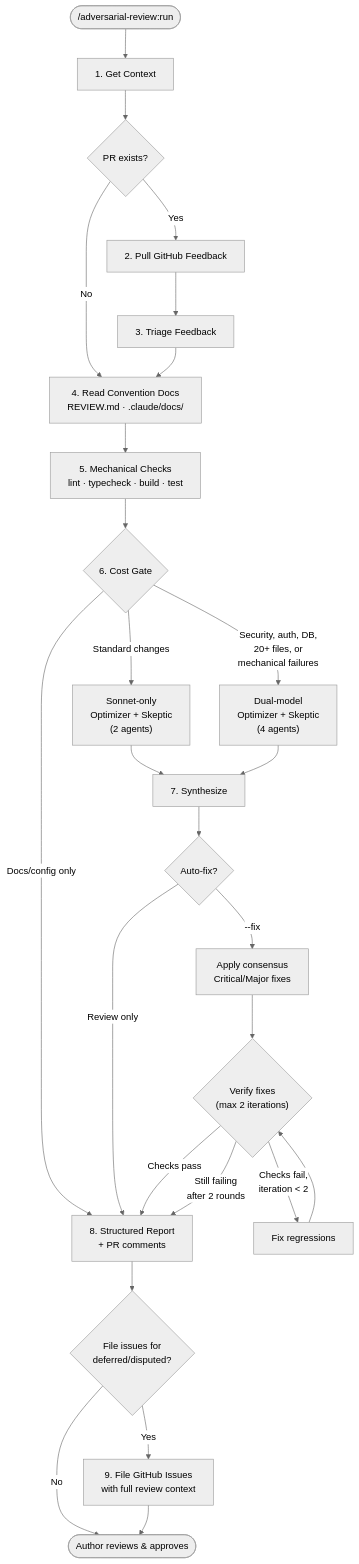
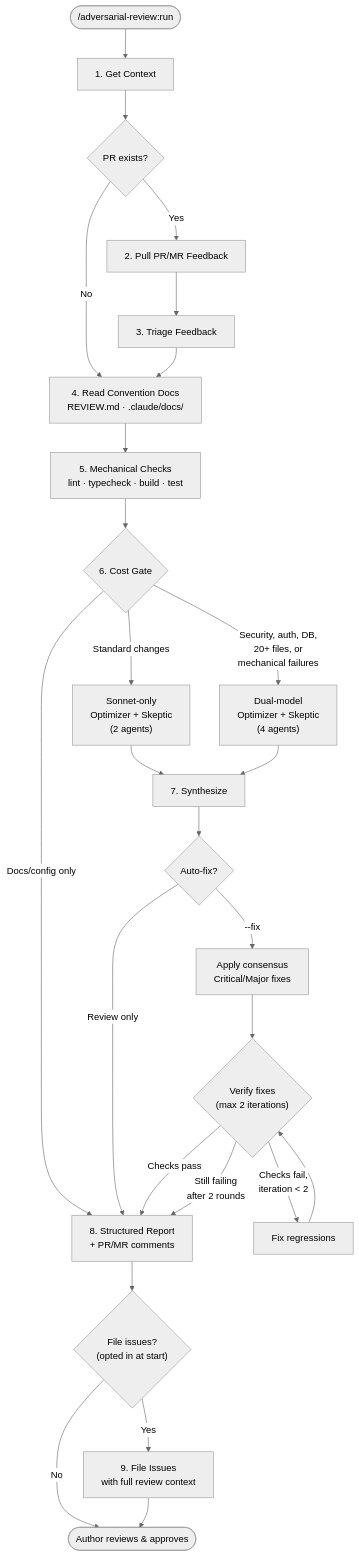
Before and after one commit to ng/adversarial-review: the first of 2 diagrams in README.md, drawn with Mermaid (neutral theme). The commit also changed other lines of this file and 1 other file, not shown here.

First line of the commit message:
feat: add specialized lenses, confidence scoring, GitLab support, and opt-in issue filing

````diff
--- a/README.md
+++ b/README.md
@@ -27,26 +32,26 @@
 ```mermaid
 flowchart TD
     Start(["/adversarial-review:run"]) --> Context["1. Get Context"]
     Context --> PR{PR exists?}
-    PR -->|Yes| Feedback["2. Pull GitHub Feedback"]
+    PR -->|Yes| Feedback["2. Pull PR/MR Feedback"]
     PR -->|No| Docs
     Feedback --> Triage["3. Triage Feedback"]
     Triage --> Docs["4. Read Convention Docs<br/>REVIEW.md · .claude/docs/"]
     Docs --> Mechanical["5. Mechanical Checks<br/>lint · typecheck · build · test"]
     Mechanical --> Gate{"6. Cost Gate"}
     Gate -->|"Docs/config only"| Report
     Gate -->|"Standard changes"| Standard["Sonnet-only<br/>Optimizer + Skeptic<br/>(2 agents)"]
     Gate -->|"Security, auth, DB,<br/>20+ files, or<br/>mechanical failures"| Full["Dual-model<br/>Optimizer + Skeptic<br/>(4 agents)"]
     Standard & Full --> Synth["7. Synthesize"]
     Synth --> ModeCheck{Auto-fix?}
     ModeCheck -->|"Review only"| Report
     ModeCheck -->|"--fix"| Apply["Apply consensus<br/>Critical/Major fixes"]
     Apply --> Verify{"Verify fixes<br/>(max 2 iterations)"}
     Verify -->|"Checks pass"| Report
     Verify -->|"Checks fail,<br/>iteration < 2"| Fix["Fix regressions"] --> Verify
     Verify -->|"Still failing<br/>after 2 rounds"| Report
-    Report["8. Structured Report<br/>+ PR comments"] --> Issues{"File issues for<br/>deferred/disputed?"}
-    Issues -->|Yes| File["9. File GitHub Issues<br/>with full review context"]
+    Report["8. Structured Report<br/>+ PR/MR comments"] --> Issues{"File issues?<br/>(opted in at start)"}
+    Issues -->|Yes| File["9. File Issues<br/>with full review context"]
     Issues -->|No| Done
     File --> Done([Author reviews & approves])
 ```
````
